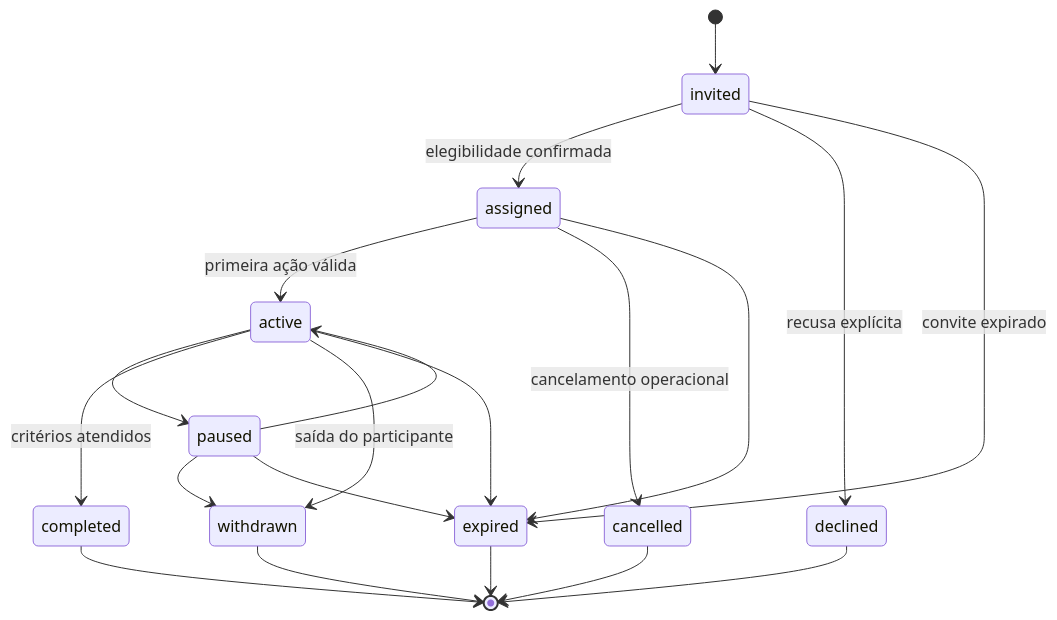
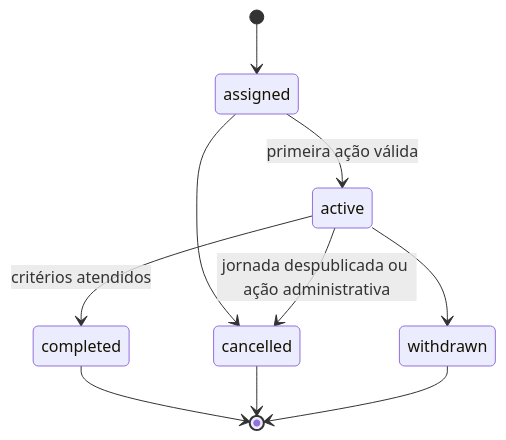
Before and after one commit to pablo-marchina/LMS-estimulo: the third of 10 diagrams in docs/domain/LIFECYCLES_AND_STATE_MACHINES.md, drawn with Mermaid. The commit also changed other lines of this file and 23 other files, not shown here.

````diff
--- a/docs/domain/LIFECYCLES_AND_STATE_MACHINES.md
+++ b/docs/domain/LIFECYCLES_AND_STATE_MACHINES.md
@@ -63,22 +48,12 @@
 ```mermaid
 stateDiagram-v2
-    [*] --> invited
-    invited --> assigned: elegibilidade confirmada
-    invited --> declined: recusa explícita
-    invited --> expired: convite expirado
+    [*] --> assigned
     assigned --> active: primeira ação válida
-    assigned --> cancelled: cancelamento operacional
-    assigned --> expired
-    active --> paused
-    paused --> active
+    assigned --> cancelled
     active --> completed: critérios atendidos
-    active --> withdrawn: saída do participante
-    active --> expired
-    paused --> withdrawn
-    paused --> expired
+    active --> cancelled: jornada despublicada ou ação administrativa
+    active --> withdrawn
     completed --> [*]
-    declined --> [*]
     cancelled --> [*]
     withdrawn --> [*]
-    expired --> [*]
 ```
````
